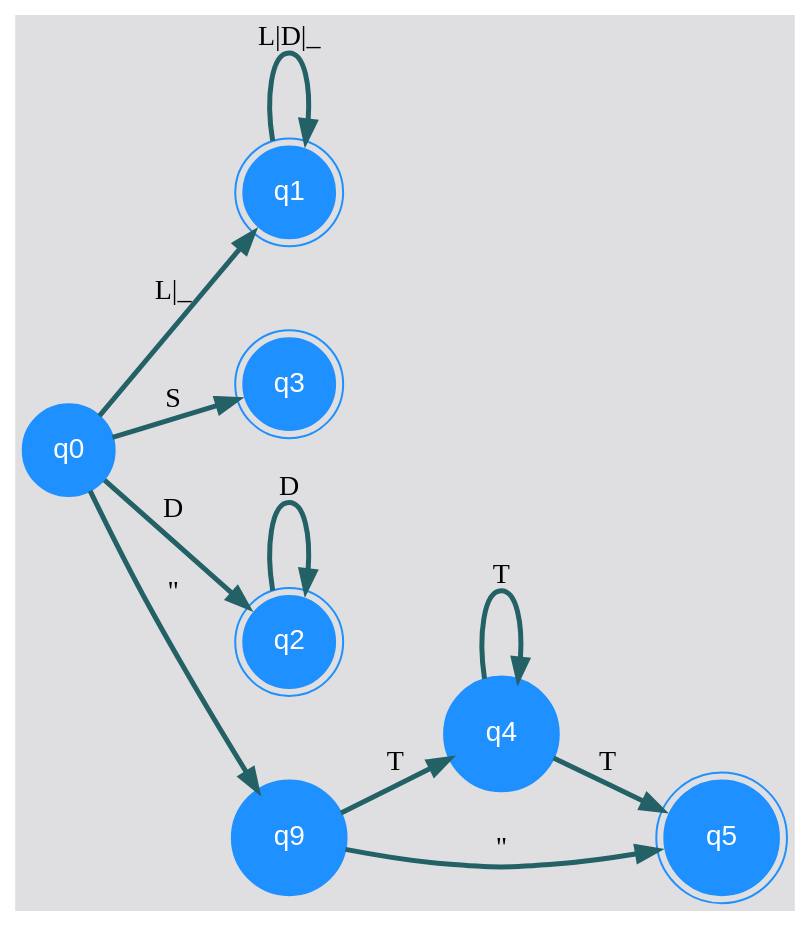
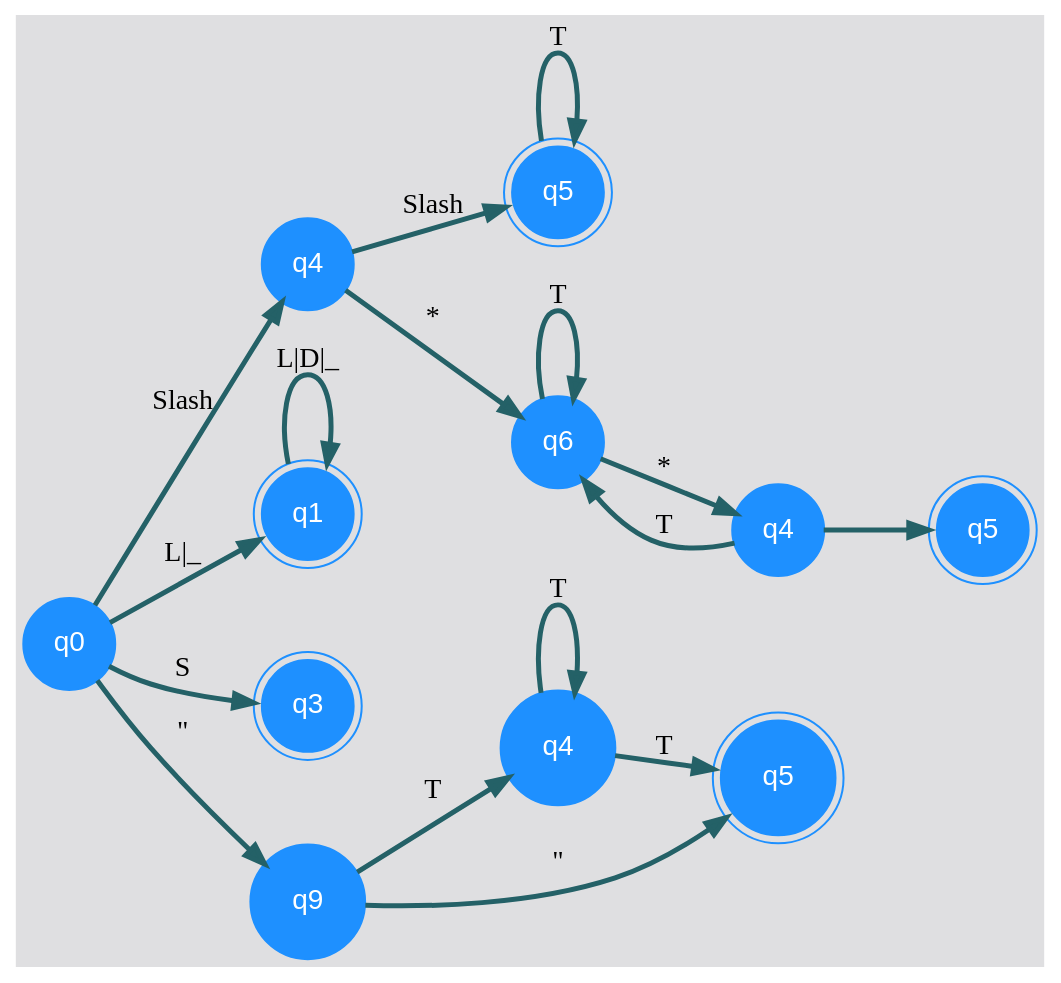
One commit to hr9457/OLC1_Proyecto1_201314296 changed the diagram in ReporteGrafico/grafo.dot. Above: the diagram before and after it, drawn with Graphviz. The commit also changed 12 other files, not shown here.

```diff
--- a/ReporteGrafico/grafo.dot
+++ b/ReporteGrafico/grafo.dot
@@ -1,24 +1,34 @@
 digraph automa {
 nodesep=0.6;
 rankdir=LR;
 bgcolor = "#DFDFE1";
 node [shape = circle, color=dodgerblue,style=filled,fontname ="helvetica" ,fontcolor=white];
 edge[penwidth=2.5, color="#246167" ,fontname ="Comic Sans MS",fontcolor=Black ]
 nodoRaiz[label="q0"];
+nodoSlash [shape=circle, label="q4"];
+nodoTodillo [shape=doublecircle, label="q5"];
+nodoRaiz->nodoSlash [label=" Slash\ "];
+nodoSlash->nodoTodillo [label=" Slash\ "];
+nodoTodillo->nodoTodillo [label=" T "];
+nodoAsterisco [shape=circle, label="q6"];
+nodoAsterisco2 [shape=circle, label="q4"];
+nodoSlashFinal [shape=doublecircle, label="q5"];
+nodoSlash->nodoAsterisco [label=" * "];
+nodoAsterisco->nodoAsterisco [label=" T "];
+nodoAsterisco->nodoAsterisco2 [label=" * "];
+nodoAsterisco2->nodoAsterisco [label=" T "];
+nodoAsterisco2->nodoSlashFinal [label=" \ "]; 
 nodoLetra[shape=doublecircle,label="q1"];
 nodoRaiz->nodoLetra[label="L|_"];
 nodoLetra->nodoLetra[label="L|D|_"];
 nodoSimbolo [shape=doublecircle, label="q3"];
 nodoRaiz->nodoSimbolo[label="S"];
-nodoDigito[shape=doublecircle,label="q2"];
-nodoRaiz->nodoDigito[label="D"];
-nodoDigito->nodoDigito[label="D"];
 nodoComilla1 [shape=circle, label=" q9 "];
 nodoT [shape=circle, label=" q4 "];
 nodoComilla2 [shape=doublecircle, label=" q5 "];
 nodoRaiz->nodoComilla1 [label=" \" "];
 nodoComilla1->nodoT [label=" T "];
 nodoT->nodoT [label=" T "];
 nodoT->nodoComilla2 [label=" T "];
 nodoComilla1->nodoComilla2 [label=" \" "]; 
 }
```
